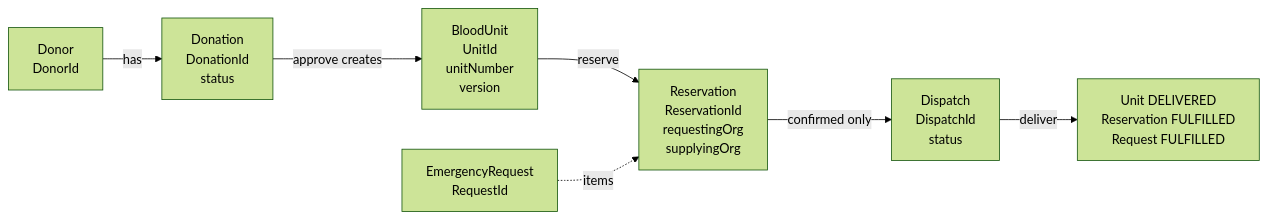
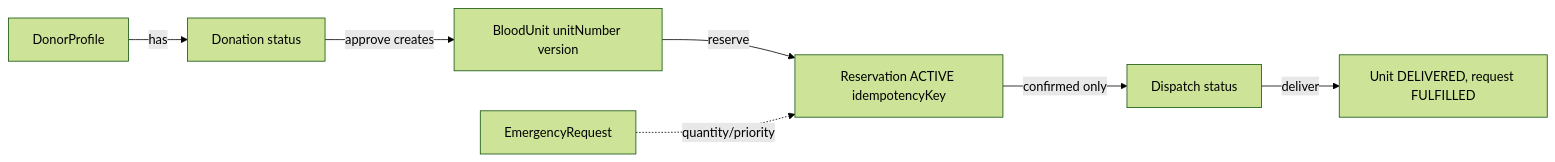
Before and after one commit to karkalashivareddy/Advanced-Object-Oriented-Programming-Project: the diagram in project/docs/architecture/DOMAIN_MODEL.md, drawn with Mermaid (forest theme). The commit also changed other lines of this file and 25 other files, not shown here.

````diff
--- a/project/docs/architecture/DOMAIN_MODEL.md
+++ b/project/docs/architecture/DOMAIN_MODEL.md
@@ -231,9 +243,9 @@
 ```mermaid
 flowchart LR
-    D[Donor\nDonorId] -->|has| DN[Donation\nDonationId\nstatus]
-    DN -->|approve creates| U[BloodUnit\nUnitId\nunitNumber\nversion]
-    U -->|reserve| R[Reservation\nReservationId\nrequestingOrg\nsupplyingOrg]
-    R -->|confirmed only| DP[Dispatch\nDispatchId\nstatus]
-    DP -->|deliver| U2[Unit DELIVERED\nReservation FULFILLED\nRequest FULFILLED]
-    ER[EmergencyRequest\nRequestId] -.items.-> R
+    D[DonorProfile] -->|has| DN[Donation status]
+    DN -->|approve creates| U[BloodUnit unitNumber version]
+    U -->|reserve| R[Reservation ACTIVE idempotencyKey]
+    R -->|confirmed only| DP[Dispatch status]
+    DP -->|deliver| U2[Unit DELIVERED, request FULFILLED]
+    ER[EmergencyRequest] -.quantity/priority.-> R
 ```
````
